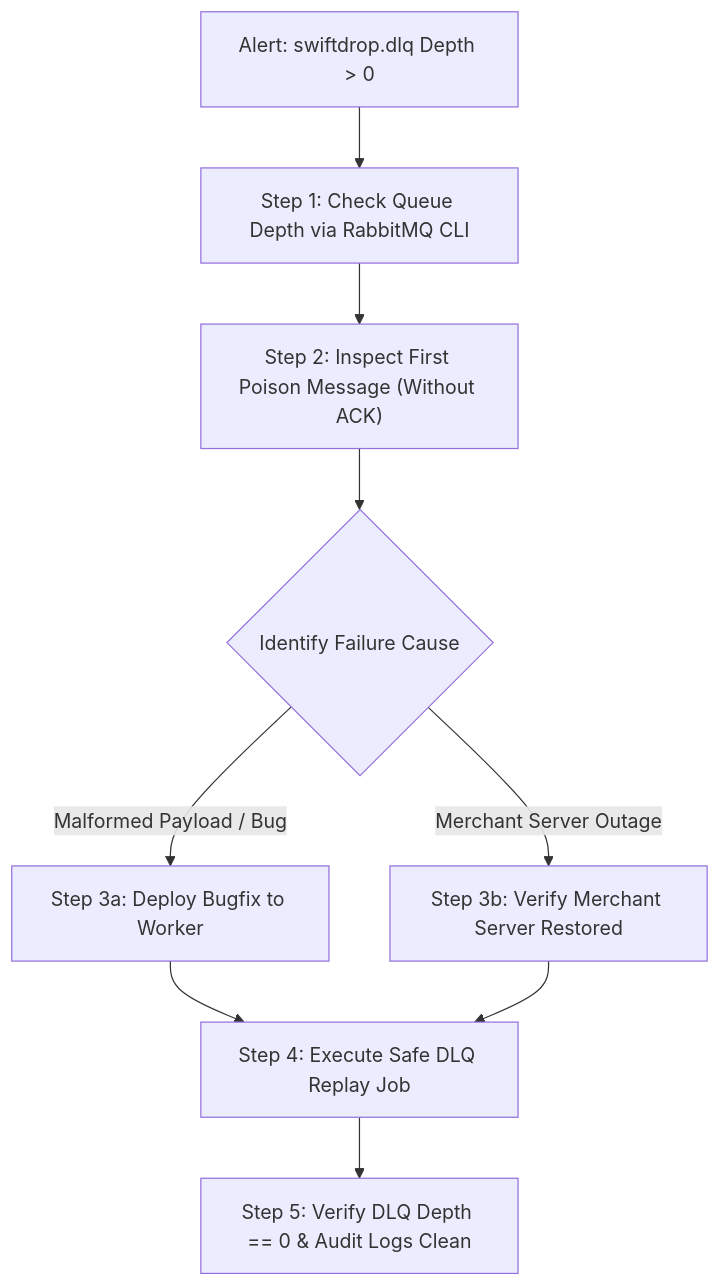
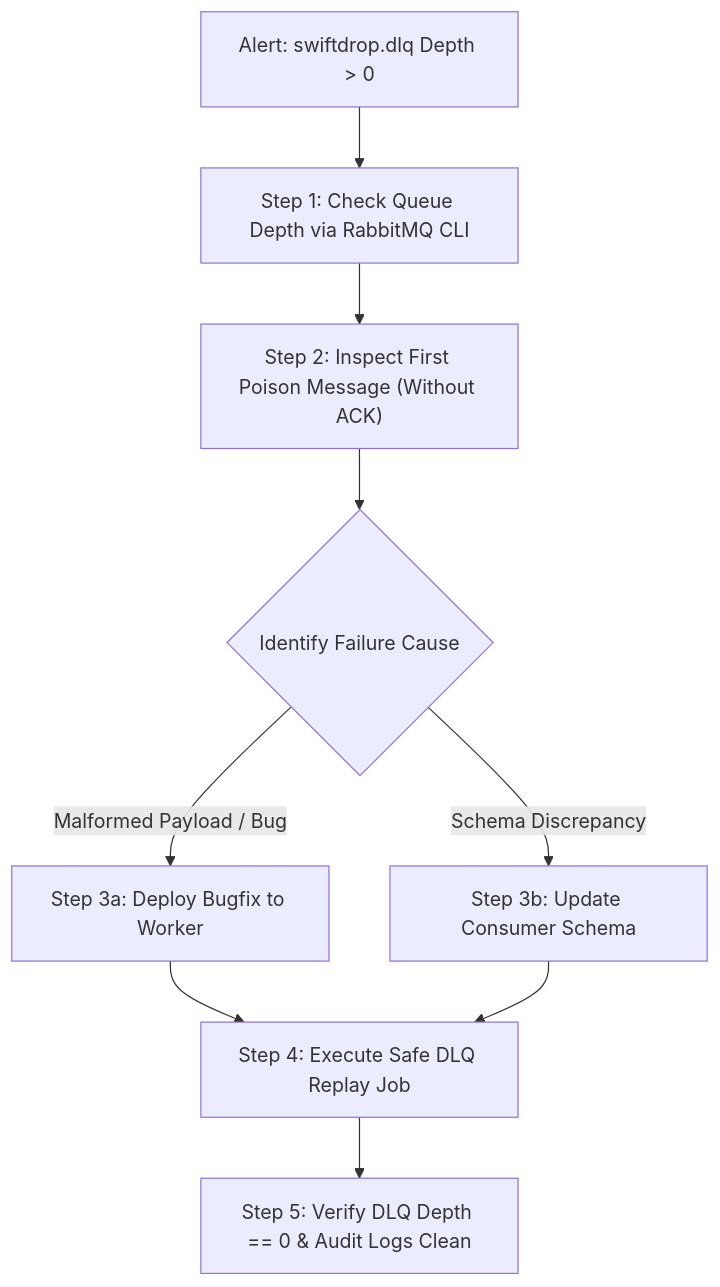
One commit to phantomTroupeEAD/SwiftDrop changed the second of 2 diagrams in docs/drafts/member-08-events-messaging/doc-07-security-failure-and-recovery.md. Above: the diagram before and after it, drawn with Mermaid. The commit also changed other lines of this file and 13 other files, not shown here.

````diff
--- a/docs/drafts/member-08-events-messaging/doc-07-security-failure-and-recovery.md
+++ b/docs/drafts/member-08-events-messaging/doc-07-security-failure-and-recovery.md
@@ -149,14 +205,14 @@
 ```mermaid
 flowchart TD
     Alert["Alert: swiftdrop.dlq Depth > 0"] --> CheckDepth["Step 1: Check Queue Depth via RabbitMQ CLI"]
     CheckDepth --> InspectMsg["Step 2: Inspect First Poison Message (Without ACK)"]
     InspectMsg --> IdentifyCause{"Identify Failure Cause"}
     
     IdentifyCause -- "Malformed Payload / Bug" --> PatchCode["Step 3a: Deploy Bugfix to Worker"]
-    IdentifyCause -- "Merchant Server Outage" --> ContactMerchant["Step 3b: Verify Merchant Server Restored"]
+    IdentifyCause -- "Schema Discrepancy" --> FixSchema["Step 3b: Update Consumer Schema"]
     
     PatchCode --> Replay["Step 4: Execute Safe DLQ Replay Job"]
-    ContactMerchant --> Replay
+    FixSchema --> Replay
     
     Replay --> VerifyEmpty["Step 5: Verify DLQ Depth == 0 & Audit Logs Clean"]
 ```
````
